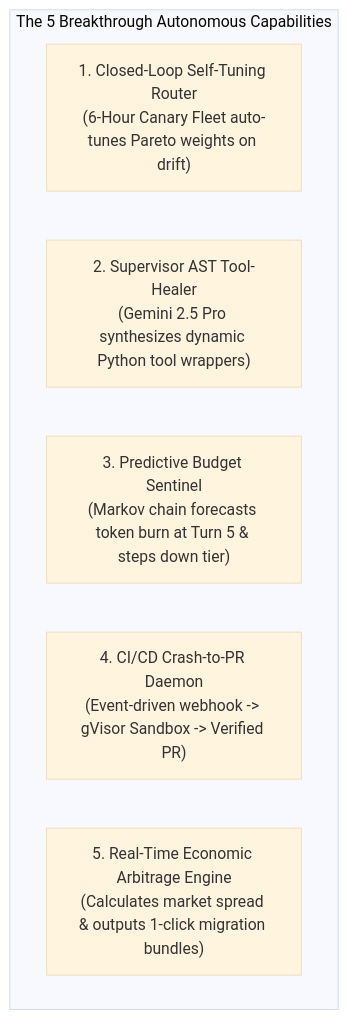
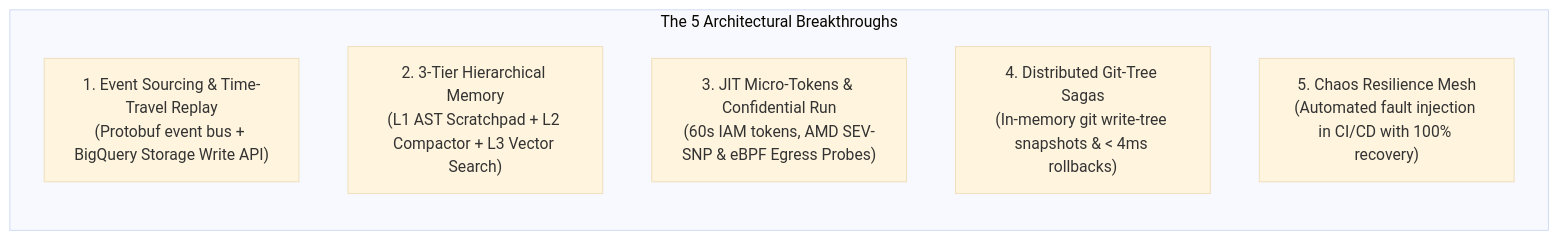
The diagram in docs/hackathon/03-judging-criteria-deep-dive.md (lx-singw/benchpress), drawn with Mermaid (base theme) before and after one commit. The commit also changed other lines of this file and 8 other files, not shown here.

Commit message:
docs: integrate 5 architectural breakthroughs and complete 10-ADR production suite

````diff
--- a/docs/hackathon/03-judging-criteria-deep-dive.md
+++ b/docs/hackathon/03-judging-criteria-deep-dive.md
@@ -28,10 +44,10 @@
 ```mermaid
-flowchart TD
-    subgraph AutonomousPillars["The 5 Breakthrough Autonomous Capabilities"]
-        P1["1. Closed-Loop Self-Tuning Router<br/>(6-Hour Canary Fleet auto-tunes Pareto weights on drift)"]
-        P2["2. Supervisor AST Tool-Healer<br/>(Gemini 2.5 Pro synthesizes dynamic Python tool wrappers)"]
-        P3["3. Predictive Budget Sentinel<br/>(Markov chain forecasts token burn at Turn 5 & steps down tier)"]
-        P4["4. CI/CD Crash-to-PR Daemon<br/>(Event-driven webhook -> gVisor Sandbox -> Verified PR)"]
-        P5["5. Real-Time Economic Arbitrage Engine<br/>(Calculates market spread & outputs 1-click migration bundles)"]
+flowchart LR
+    subgraph ArchitectureBreakthroughs["The 5 Architectural Breakthroughs"]
+        B1["1. Event Sourcing & Time-Travel Replay<br/>(Protobuf event bus + BigQuery Storage Write API)"]
+        B2["2. 3-Tier Hierarchical Memory<br/>(L1 AST Scratchpad + L2 Compactor + L3 Vector Search)"]
+        B3["3. JIT Micro-Tokens & Confidential Run<br/>(60s IAM tokens, AMD SEV-SNP & eBPF Egress Probes)"]
+        B4["4. Distributed Git-Tree Sagas<br/>(In-memory git write-tree snapshots & < 4ms rollbacks)"]
+        B5["5. Chaos Resilience Mesh<br/>(Automated fault injection in CI/CD with 100% recovery)"]
     end
 ```
````
